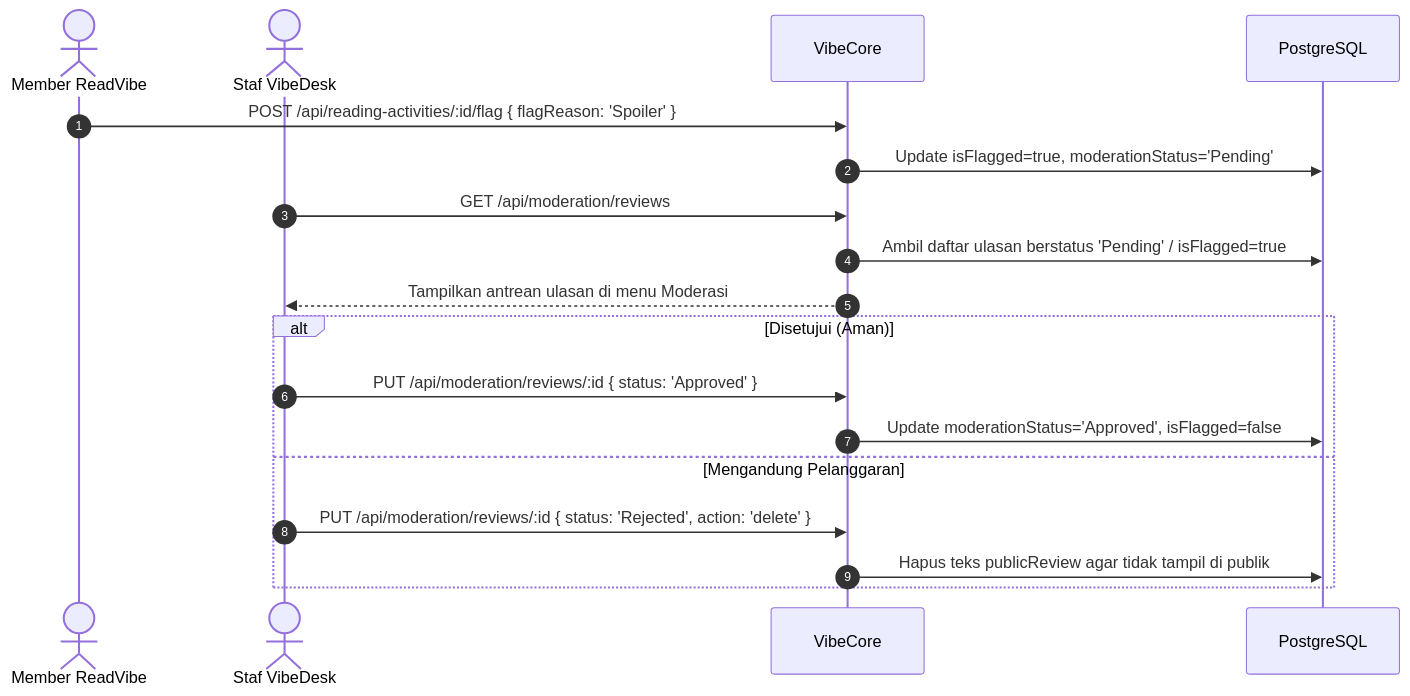
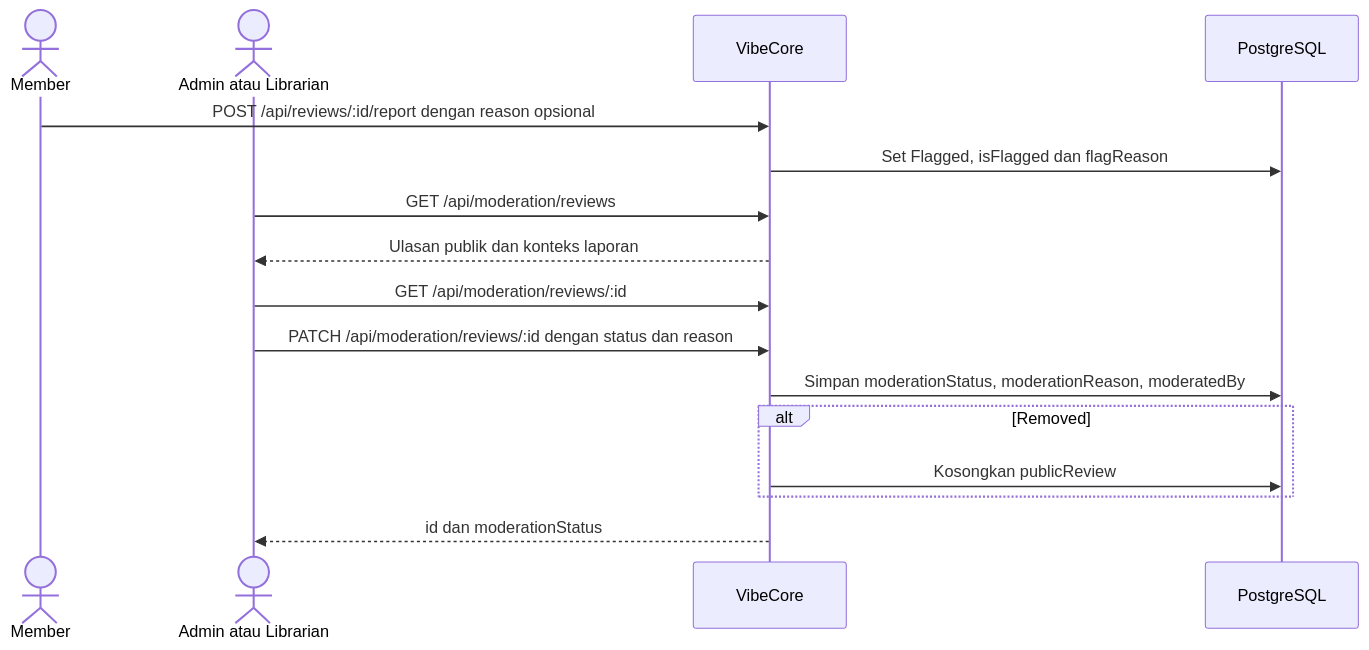
The fourth of 4 diagrams in Documentations/product/alur-pengguna.md (vincent-guizot/readvibe-core_desk), drawn with Mermaid before and after one commit. The commit also changed other lines of this file and 9 other files, not shown here.

````diff
--- a/Documentations/product/alur-pengguna.md
+++ b/Documentations/product/alur-pengguna.md
@@ -91,21 +82,18 @@
 ```mermaid
 sequenceDiagram
-    autonumber
-    actor Member as Member ReadVibe
-    actor Curator as Staf VibeDesk
-    participant VC as VibeCore
-    participant DB as PostgreSQL
-
-    Member->>VC: POST /api/reading-activities/:id/flag { flagReason: 'Spoiler' }
-    VC->>DB: Update isFlagged=true, moderationStatus='Pending'
-    Curator->>VC: GET /api/moderation/reviews
-    VC->>DB: Ambil daftar ulasan berstatus 'Pending' / isFlagged=true
-    VC-->>Curator: Tampilkan antrean ulasan di menu Moderasi
-    alt Disetujui (Aman)
-        Curator->>VC: PUT /api/moderation/reviews/:id { status: 'Approved' }
-        VC->>DB: Update moderationStatus='Approved', isFlagged=false
-    else Mengandung Pelanggaran
-        Curator->>VC: PUT /api/moderation/reviews/:id { status: 'Rejected', action: 'delete' }
-        VC->>DB: Hapus teks publicReview agar tidak tampil di publik
-    end
+  actor Member
+  actor Staff as Admin atau Librarian
+  participant API as VibeCore
+  participant DB as PostgreSQL
+  Member->>API: POST /api/reviews/:id/report dengan reason opsional
+  API->>DB: Set Flagged, isFlagged dan flagReason
+  Staff->>API: GET /api/moderation/reviews
+  API-->>Staff: Ulasan publik dan konteks laporan
+  Staff->>API: GET /api/moderation/reviews/:id
+  Staff->>API: PATCH /api/moderation/reviews/:id dengan status dan reason
+  API->>DB: Simpan moderationStatus, moderationReason, moderatedBy
+  alt Removed
+    API->>DB: Kosongkan publicReview
+  end
+  API-->>Staff: id dan moderationStatus
 ```
````
